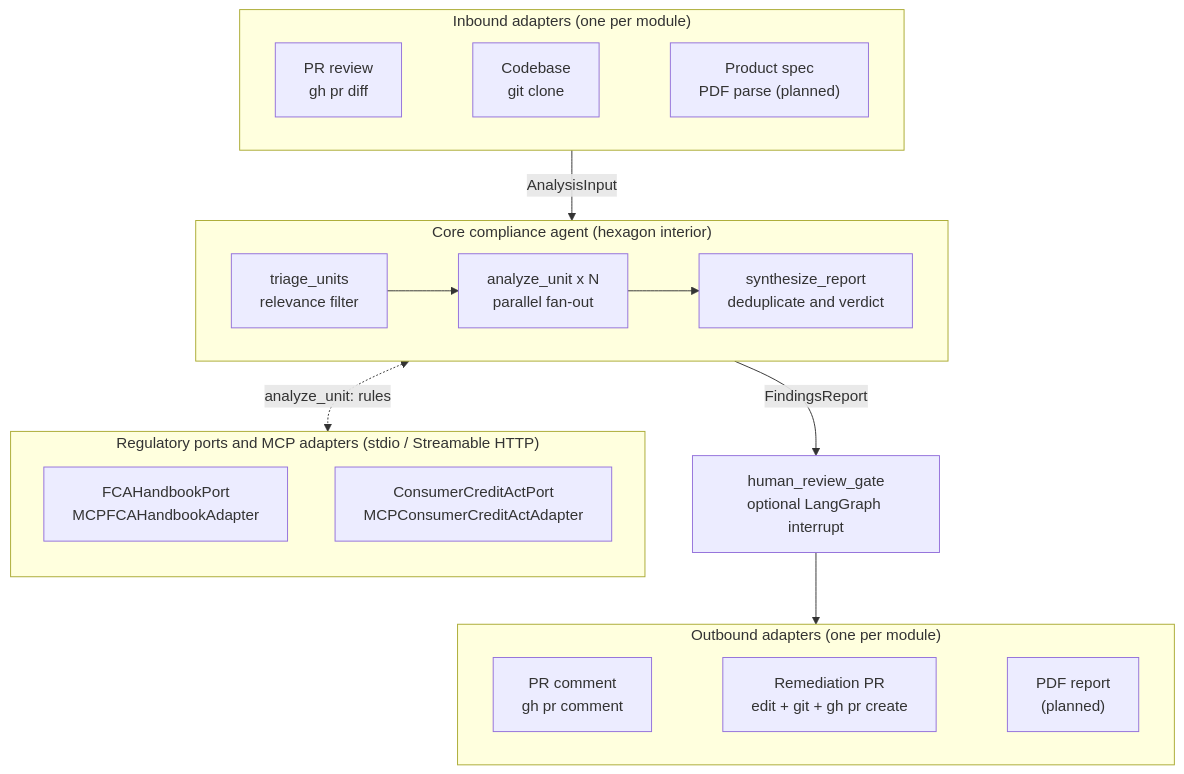
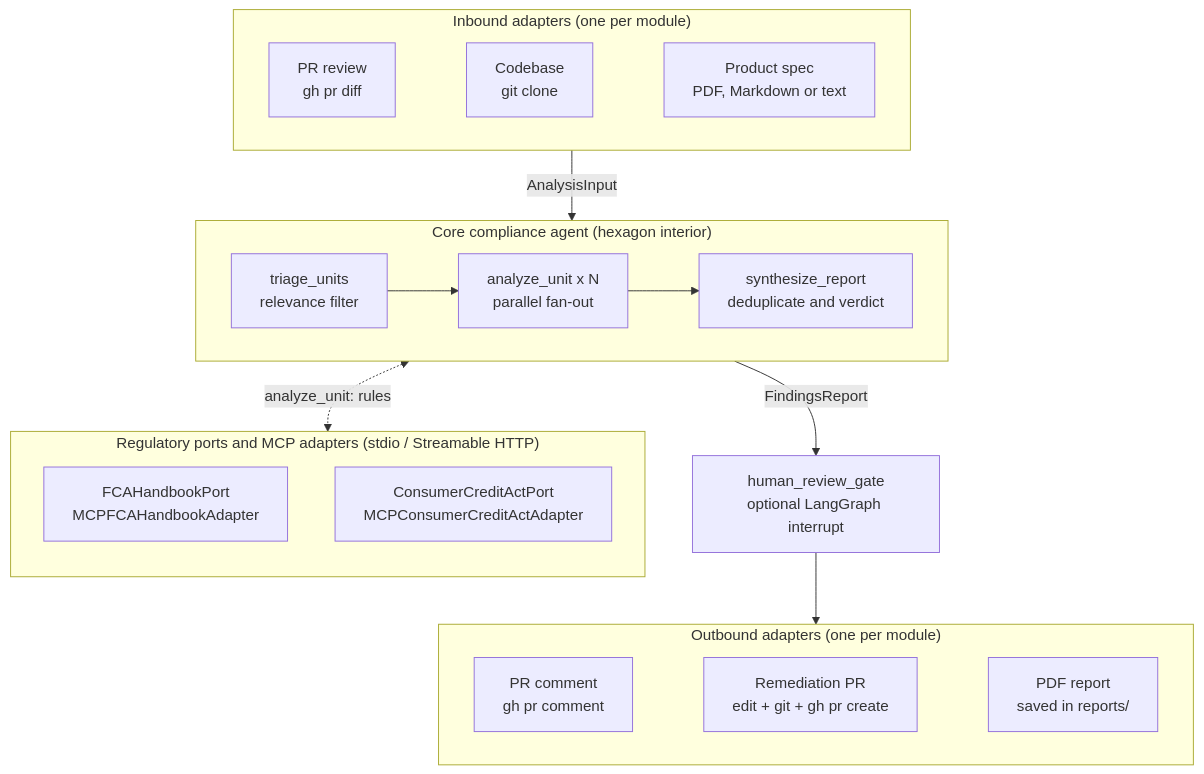
The first of 5 diagrams in 04_fca_compliance_agent/ARCHITECTURE.md (langchain-samples/fsi-hackathon-london-2026), drawn with Mermaid before and after one commit. The commit also changed other lines of this file, not shown here.

Commit message:
docs(04): show the product spec module as built in the architecture diagrams

````diff
--- a/04_fca_compliance_agent/ARCHITECTURE.md
+++ b/04_fca_compliance_agent/ARCHITECTURE.md
@@ -38,36 +38,36 @@
 ```mermaid
 flowchart TB
     subgraph Driving["Inbound adapters (one per module)"]
         direction LR
         IN_PR["PR review<br/>gh pr diff"]
         IN_REPO["Codebase<br/>git clone"]
-        IN_PDF["Product spec<br/>PDF parse (planned)"]
-        IN_PR ~~~ IN_REPO ~~~ IN_PDF
+        IN_SPEC["Product spec<br/>PDF, Markdown or text"]
+        IN_PR ~~~ IN_REPO ~~~ IN_SPEC
     end
 
     subgraph Hexagon["Core compliance agent (hexagon interior)"]
         direction LR
         TRIAGE["triage_units<br/>relevance filter"] --> ANALYZE["analyze_unit x N<br/>parallel fan-out"] --> SYNTH["synthesize_report<br/>deduplicate and verdict"]
     end
 
     HITL["human_review_gate<br/>optional LangGraph interrupt"]
 
     subgraph Outbound["Outbound adapters (one per module)"]
         direction LR
         OUT_PR["PR comment<br/>gh pr comment"]
         OUT_REPO["Remediation PR<br/>edit + git + gh pr create"]
-        OUT_PDF["PDF report<br/>(planned)"]
-        OUT_PR ~~~ OUT_REPO ~~~ OUT_PDF
+        OUT_SPEC["PDF report<br/>saved in reports/"]
+        OUT_PR ~~~ OUT_REPO ~~~ OUT_SPEC
     end
 
     subgraph Regulatory["Regulatory ports and MCP adapters (stdio / Streamable HTTP)"]
         direction TB
         FCA["FCAHandbookPort<br/>MCPFCAHandbookAdapter"]
         CCA["ConsumerCreditActPort<br/>MCPConsumerCreditActAdapter"]
     end
 
     Driving -->|AnalysisInput| Hexagon
     Hexagon -->|FindingsReport| HITL
     HITL --> Outbound
     Hexagon <-.->|"analyze_unit: rules"| Regulatory
 ```
````
